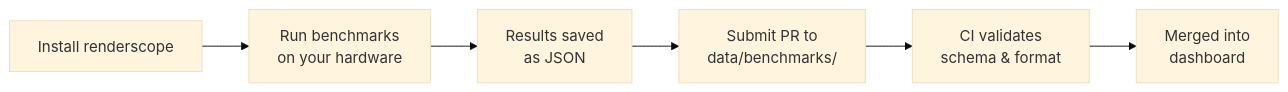
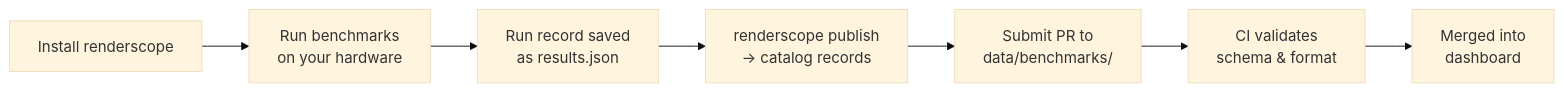
The fifth of 5 diagrams in README.md (renderscope-dev/renderscope), drawn with Mermaid (base theme) before and after one commit. The commit also changed other lines of this file and 52 other files, not shown here.

````diff
--- a/README.md
+++ b/README.md
@@ -465,8 +467,9 @@
 ```mermaid
 flowchart LR
     A["Install renderscope"] --> B["Run benchmarks<br>on your hardware"]
-    B --> C["Results saved<br>as JSON"]
-    C --> D["Submit PR to<br>data/benchmarks/"]
-    D --> E["CI validates<br>schema & format"]
-    E --> F["Merged into<br>dashboard"]
+    B --> C["Run record saved<br>as results.json"]
+    C --> D["renderscope publish<br>→ catalog records"]
+    D --> E["Submit PR to<br>data/benchmarks/"]
+    E --> F["CI validates<br>schema & format"]
+    F --> G["Merged into<br>dashboard"]
 ```
````
